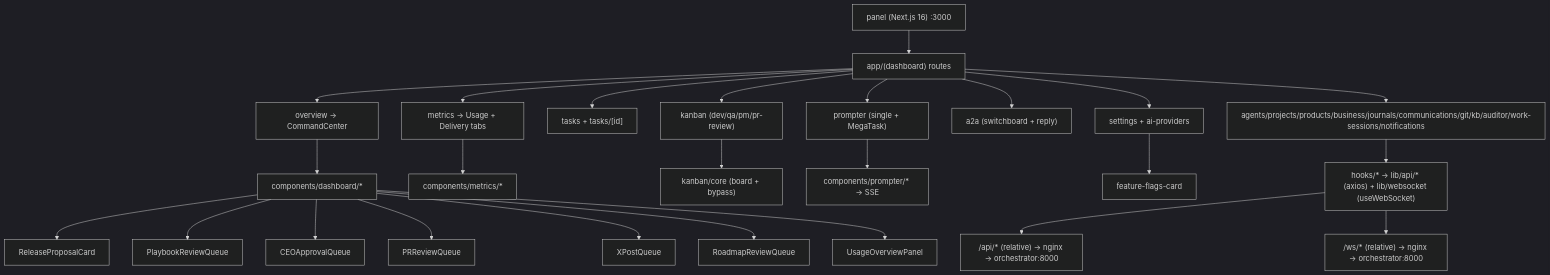
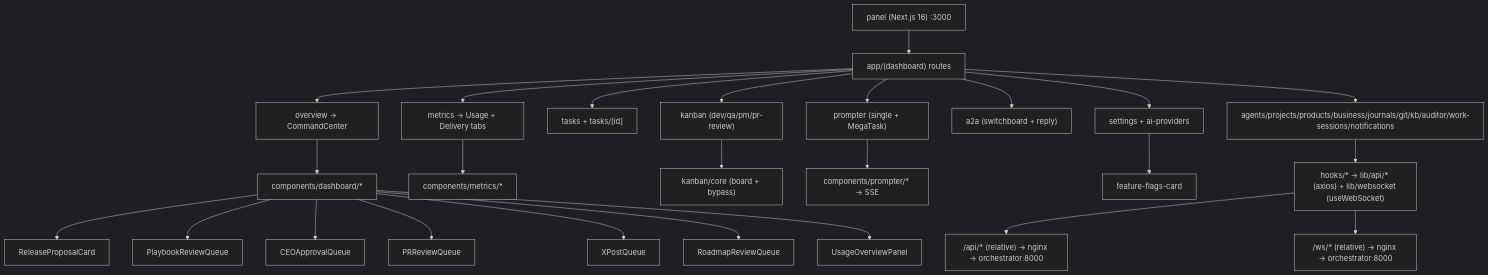
The diagram in docs/map/panel.md (rennf93/roboco), drawn with Mermaid (dark theme) before and after one commit. The commit also changed other lines of this file and 52 other files, not shown here.

````diff
--- a/docs/map/panel.md
+++ b/docs/map/panel.md
@@ -102,28 +100,28 @@
 ```mermaid
 graph TD
   Panel["panel (Next.js 16) :3000"]
   Panel --> Routes["app/(dashboard) routes"]
   Routes --> Overview["overview → CommandCenter"]
   Routes --> Metrics["metrics → Usage + Delivery tabs"]
   Routes --> Tasks["tasks + tasks/[id]"]
   Routes --> Kanban["kanban (dev/qa/pm/pr-review)"]
   Routes --> Prompter["prompter (single + MegaTask)"]
   Routes --> A2ALive["a2a (switchboard + reply)"]
   Routes --> Settings["settings + ai-providers"]
-  Routes --> Domain["agents/projects/products/business/journals/communications/git/kb/auditor/work-sessions/notifications"]
+  Routes --> Domain["agents/projects/products/business/journals/git/kb/auditor/work-sessions/notifications"]
   Overview --> Dash["components/dashboard/*"]
   Dash --> Release["ReleaseProposalCard"]
   Dash --> Playbook["PlaybookReviewQueue"]
   Dash --> Ceo["CEOApprovalQueue"]
   Dash --> Pr["PRReviewQueue"]
   Dash --> XQ["XPostQueue"]
   Dash --> Rd["RoadmapReviewQueue"]
   Dash --> Usage["UsageOverviewPanel"]
   Metrics --> MComp["components/metrics/*"]
   Kanban --> KCore["kanban/core (board + bypass)"]
   Prompter --> PComp["components/prompter/* → SSE"]
   Settings --> FF["feature-flags-card"]
   Domain --> Hooks["hooks/* → lib/api/* (axios) + lib/websocket (useWebSocket)"]
   Hooks --> API["/api/* (relative) → nginx → orchestrator:8000"]
   Hooks --> WS["/ws/* (relative) → nginx → orchestrator:8000"]
 ```
````
